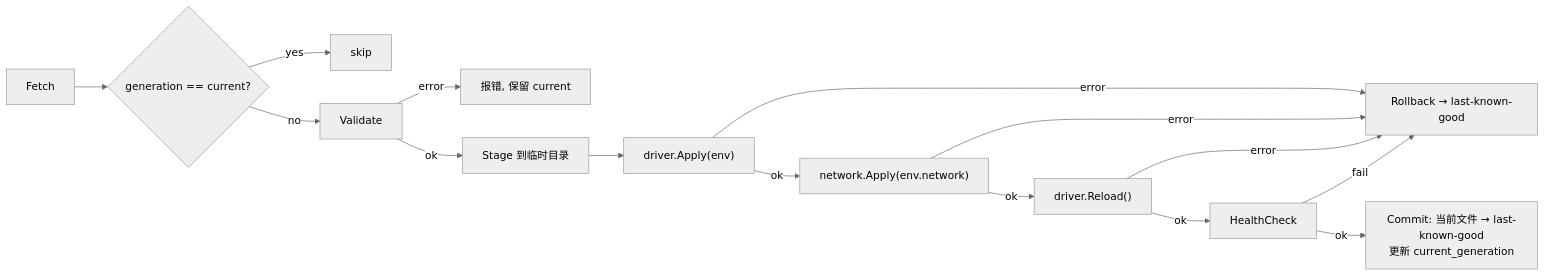
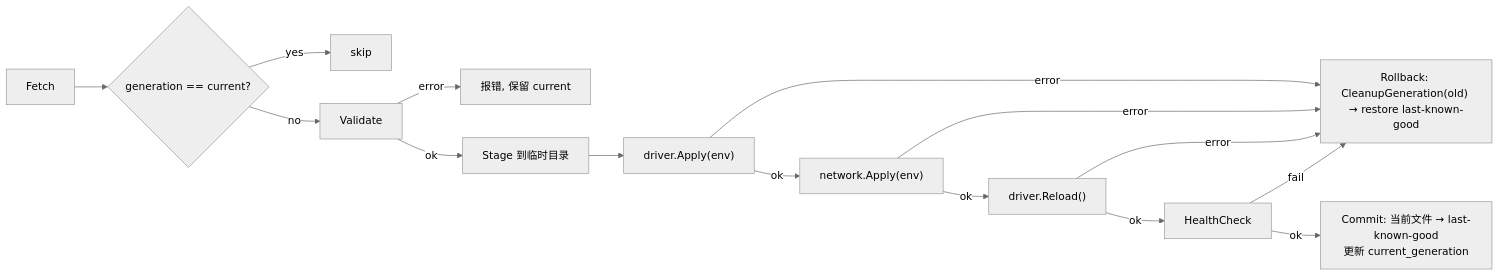
One commit to mynet-club/mynet_ctl changed the second of 4 diagrams in docs/knowledge-base/spec/unified-platform-architecture.md. Above: the diagram before and after it, drawn with Mermaid (neutral theme). The commit also changed other lines of this file, not shown here.

````diff
--- a/docs/knowledge-base/spec/unified-platform-architecture.md
+++ b/docs/knowledge-base/spec/unified-platform-architecture.md
@@ -528,17 +622,17 @@
 ```mermaid
 flowchart LR
     F["Fetch"] --> C{"generation == current?"}
     C -->|"yes"| S["skip"]
     C -->|"no"| V["Validate"]
     V -->|"error"| E["报错, 保留 current"]
     V -->|"ok"| ST["Stage 到临时目录"]
     ST --> DA["driver.Apply(env)"]
-    DA -->|"error"| RB["Rollback → last-known-good"]
-    DA -->|"ok"| NA["network.Apply(env.network)"]
+    DA -->|"error"| RB["Rollback: CleanupGeneration(old) → restore last-known-good"]
+    DA -->|"ok"| NA["network.Apply(env)"]
     NA -->|"error"| RB
     NA -->|"ok"| RL["driver.Reload()"]
     RL -->|"error"| RB
     RL -->|"ok"| HC["HealthCheck"]
     HC -->|"fail"| RB
     HC -->|"ok"| CM["Commit: 当前文件 → last-known-good<br/>更新 current_generation"]
 ```
````
